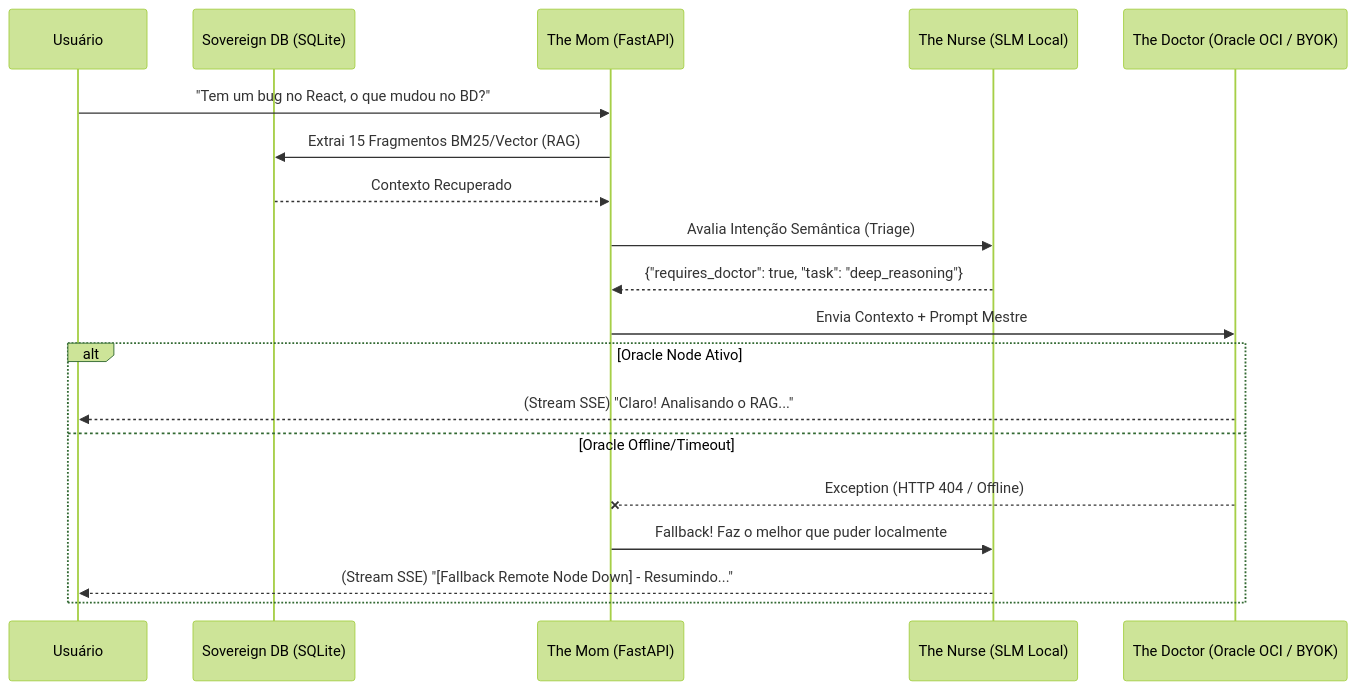
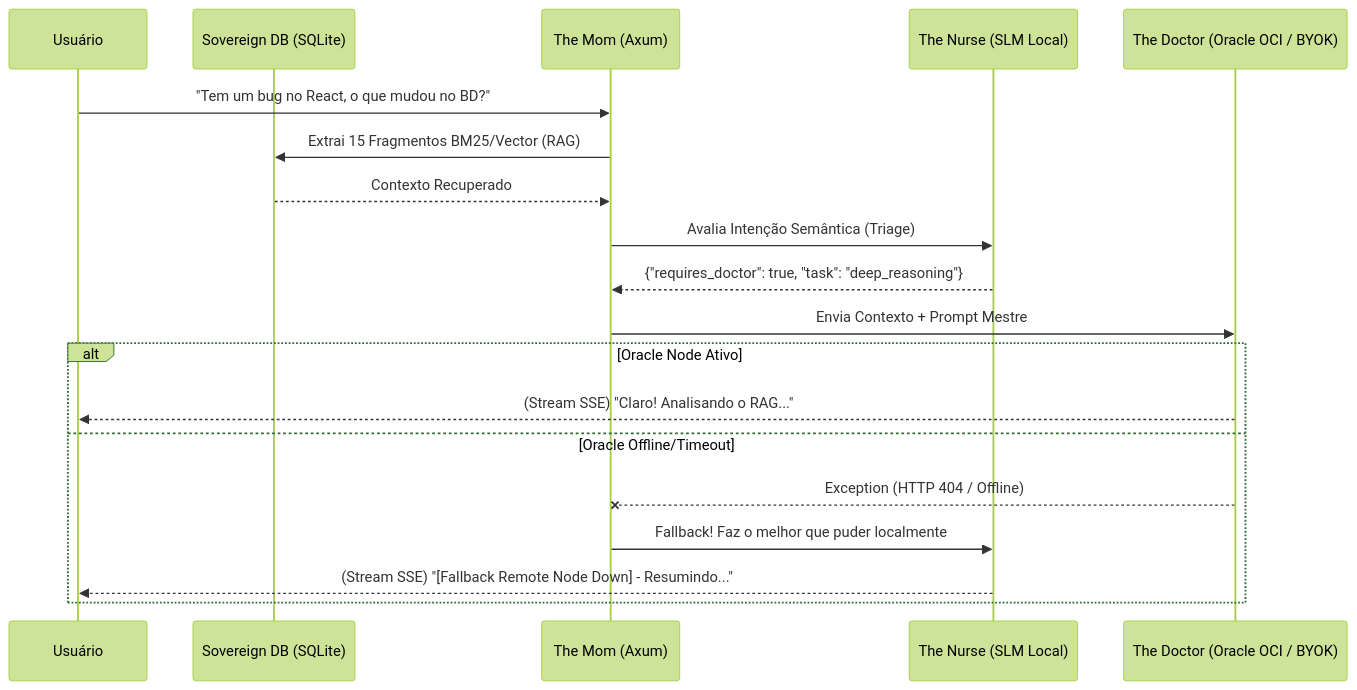
Before and after one commit to personal-digital-sovereignty/sovereign-pair: the diagram in docs/architecture_llm_hybrid.md, drawn with Mermaid (forest theme). The commit also changed other lines of this file and 20 other files, not shown here.

Commit message:
docs: Documentation Reboot (The Rust Era) redefining installation and architecture blueprints

````diff
--- a/docs/architecture_llm_hybrid.md
+++ b/docs/architecture_llm_hybrid.md
@@ -51,23 +51,23 @@
 ```mermaid
 sequenceDiagram
     participant User as Usuário
     participant DB as Sovereign DB (SQLite)
-    participant Mom as The Mom (FastAPI)
+    participant Mom as The Mom (Axum)
     participant Nurse as The Nurse (SLM Local)
     participant Doctor as The Doctor (Oracle OCI / BYOK)
     
     User->>Mom: "Tem um bug no React, o que mudou no BD?"
     Mom->>DB: Extrai 15 Fragmentos BM25/Vector (RAG)
     DB-->>Mom: Contexto Recuperado
     Mom->>Nurse: Avalia Intenção Semântica (Triage)
     Nurse-->>Mom: {"requires_doctor": true, "task": "deep_reasoning"}
     
     Mom->>Doctor: Envia Contexto + Prompt Mestre
     alt Oracle Node Ativo
         Doctor-->>User: (Stream SSE) "Claro! Analisando o RAG..."
     else Oracle Offline/Timeout
         Doctor--xMom: Exception (HTTP 404 / Offline)
         Mom->>Nurse: Fallback! Faz o melhor que puder localmente
         Nurse-->>User: (Stream SSE) "[Fallback Remote Node Down] - Resumindo..."
     end
 ```
````
